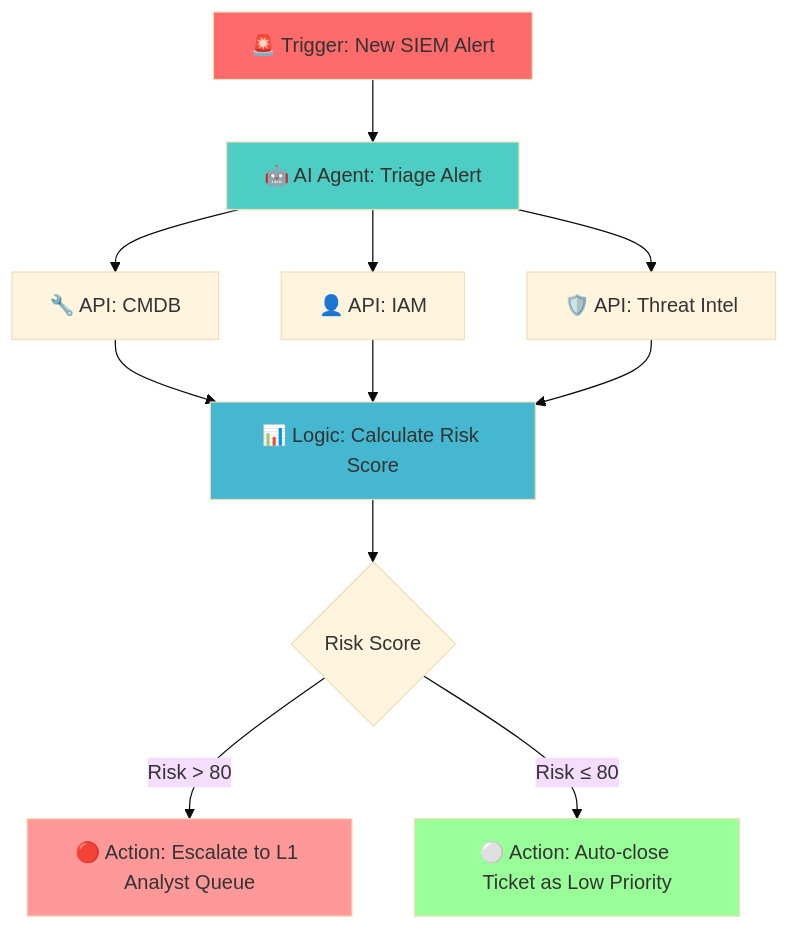
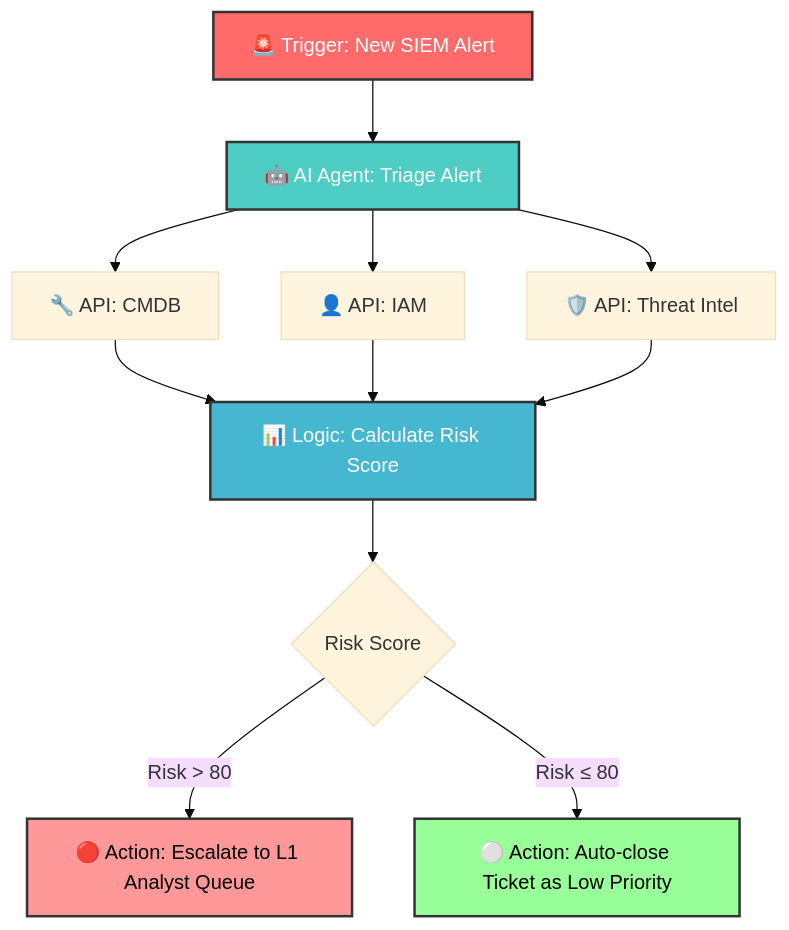
The first of 10 diagrams in usecases.md (Ke0xes/AI4SecOps), drawn with Mermaid (base theme) before and after one commit. The commit also changed other lines of this file, not shown here.

````diff
--- a/usecases.md
+++ b/usecases.md
@@ -48,19 +48,19 @@
 ```mermaid
 graph TD
     A[🚨 Trigger: New SIEM Alert] --> B[🤖 AI Agent: Triage Alert]
     B --> C[🔧 API: CMDB]
     B --> D[👤 API: IAM]
     B --> E[🛡️ API: Threat Intel]
     C --> F[📊 Logic: Calculate Risk Score]
     D --> F
     E --> F
     F --> G{Risk Score}
     G -->|Risk > 80| H[🔴 Action: Escalate to L1 Analyst Queue]
     G -->|Risk ≤ 80| I[⚪ Action: Auto-close Ticket as Low Priority]
     
-    style A fill:#ff6b6b
-    style B fill:#4ecdc4
-    style F fill:#45b7d1
-    style H fill:#ff9999
-    style I fill:#99ff99
+    style A fill:#ff6b6b,stroke:#333,stroke-width:2px,color:#fff
+    style B fill:#4ecdc4,stroke:#333,stroke-width:2px,color:#fff
+    style F fill:#45b7d1,stroke:#333,stroke-width:2px,color:#fff
+    style H fill:#ff9999,stroke:#333,stroke-width:2px,color:#000
+    style I fill:#99ff99,stroke:#333,stroke-width:2px,color:#000
 ```
````
